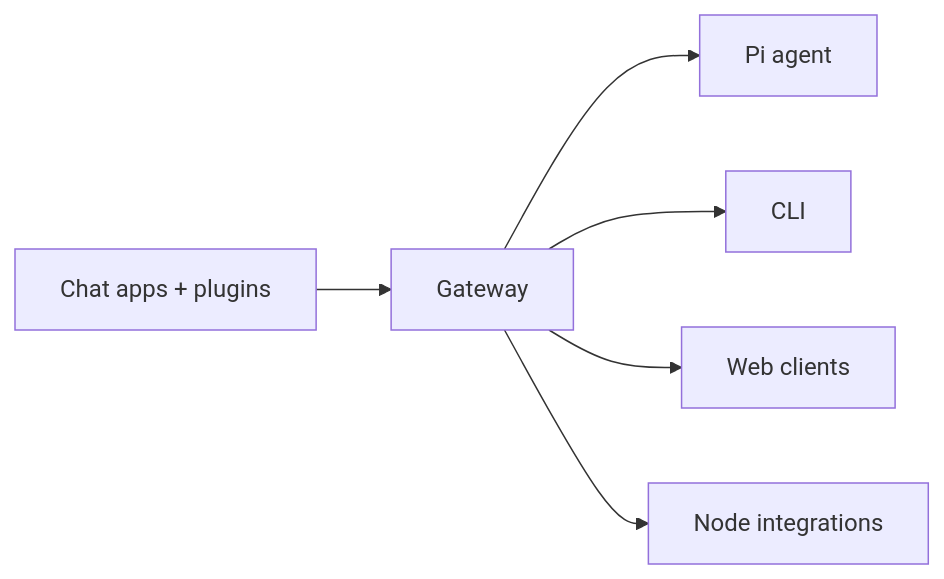
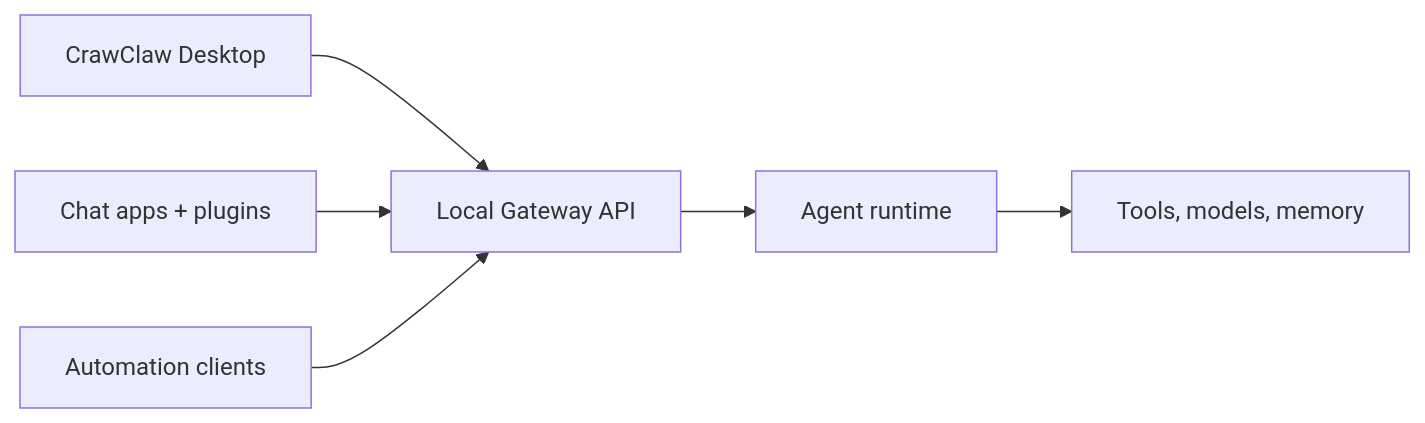
One commit to qianleigood/crawclaw changed the diagram in docs/index.md. Above: the diagram before and after it, drawn with Mermaid. The commit also changed other lines of this file and 3677 other files, not shown here.

````diff
--- a/docs/index.md
+++ b/docs/index.md
@@ -58,8 +59,8 @@
 ```mermaid
 flowchart LR
-  A["Chat apps + plugins"] --> B["Gateway"]
-  B --> C["Pi agent"]
-  B --> D["CLI"]
-  B --> E["Web clients"]
-  B --> F["Node integrations"]
+  A["CrawClaw Desktop"] --> B["Local Gateway API"]
+  C["Chat apps + plugins"] --> B
+  D["Automation clients"] --> B
+  B --> E["Agent runtime"]
+  E --> F["Tools, models, memory"]
 ```
````
